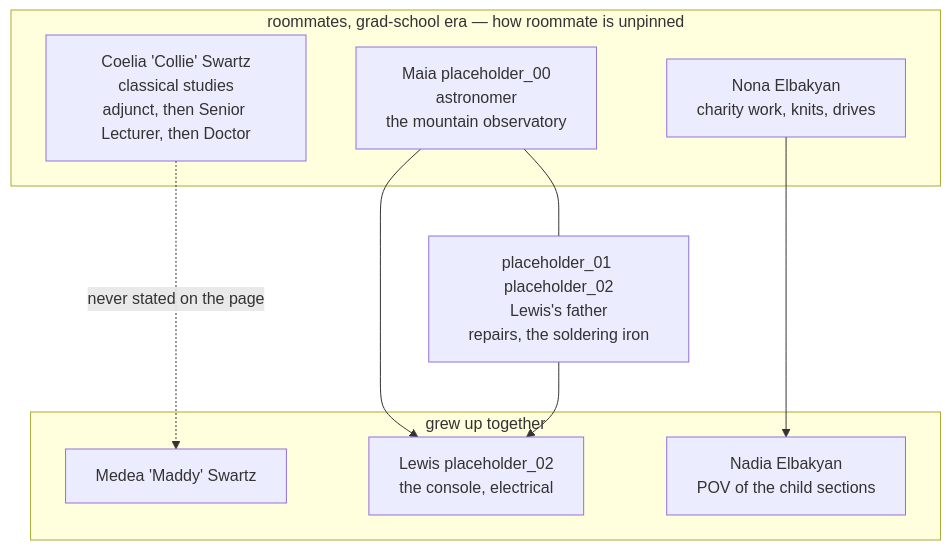
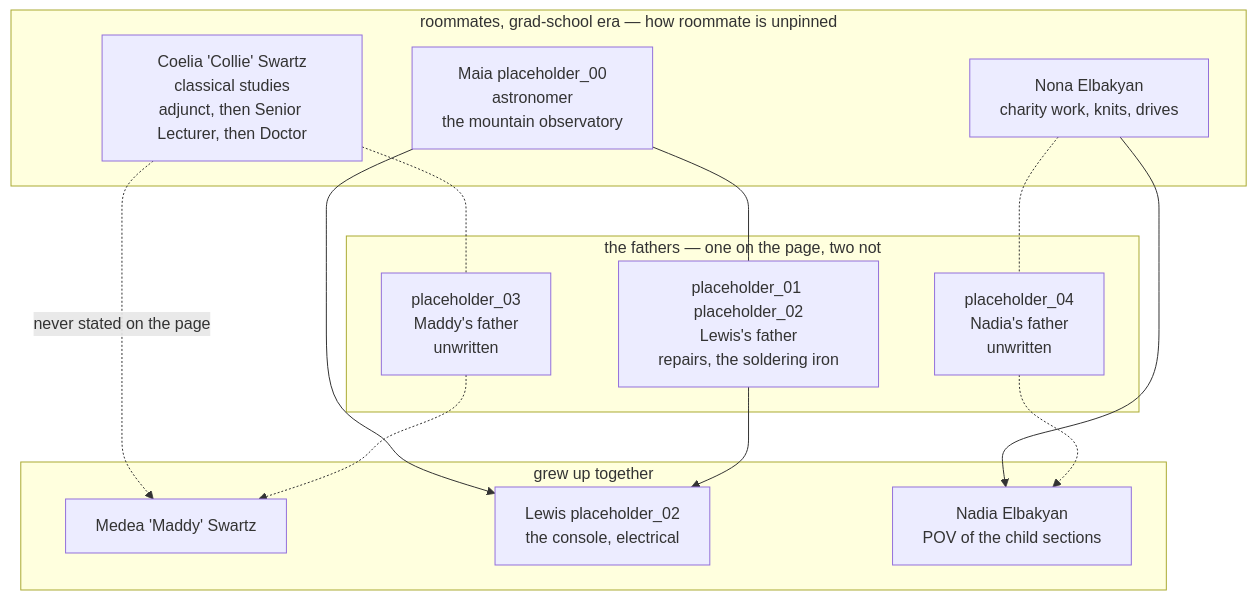
One commit to terraceonhigh/fiatLux changed the diagram in canon/pedigree.md. Above: the diagram before and after it, drawn with Mermaid. The commit also changed other lines of this file, not shown here.

First line of the commit message:
Add the two unwritten fathers to the pedigree

````diff
--- a/canon/pedigree.md
+++ b/canon/pedigree.md
@@ -5,22 +5,31 @@
 ```mermaid
 flowchart TD
     subgraph adults["roommates, grad-school era &mdash; how roommate is unpinned"]
         Collie["Coelia 'Collie' Swartz<br/>classical studies<br/>adjunct, then Senior Lecturer, then Doctor"]
         Maia["Maia placeholder_00<br/>astronomer<br/>the mountain observatory"]
         Nona["Nona Elbakyan<br/>charity work, knits, drives"]
     end
 
-    Husband["placeholder_01 placeholder_02<br/>Lewis's father<br/>repairs, the soldering iron"]
+    subgraph men["the fathers &mdash; one on the page, two not"]
+        Husband["placeholder_01 placeholder_02<br/>Lewis's father<br/>repairs, the soldering iron"]
+        MaddyFather["placeholder_03<br/>Maddy's father<br/>unwritten"]
+        NadiaFather["placeholder_04<br/>Nadia's father<br/>unwritten"]
+    end
 
     subgraph kids["grew up together"]
         Medea["Medea 'Maddy' Swartz"]
         Lewis["Lewis placeholder_02<br/>the console, electrical"]
         Nadia["Nadia Elbakyan<br/>POV of the child sections"]
     end
 
     Maia --- Husband
-    Collie -.->|"never stated on the page"| Medea
+    Collie -.- MaddyFather
+    Nona -.- NadiaFather
+
     Maia --> Lewis
     Husband --> Lewis
     Nona --> Nadia
+    Collie -.->|"never stated on the page"| Medea
+    MaddyFather -.-> Medea
+    NadiaFather -.-> Nadia
 ```
````
